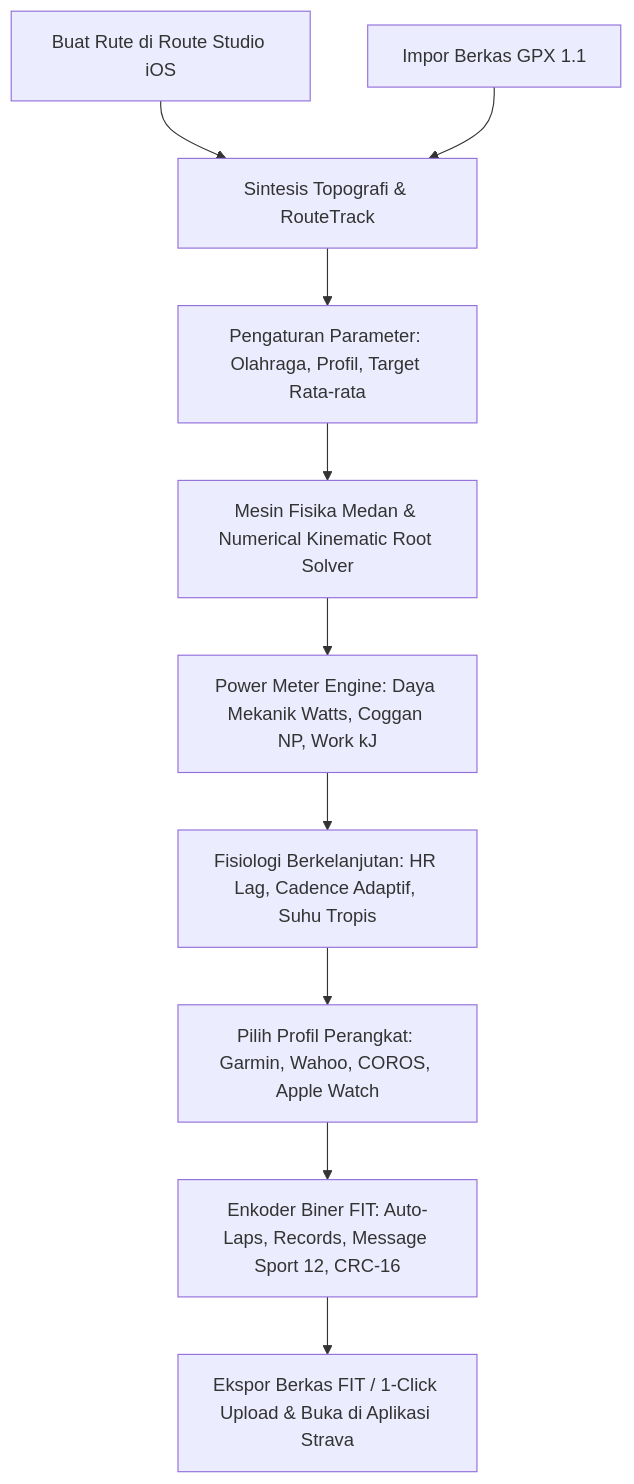
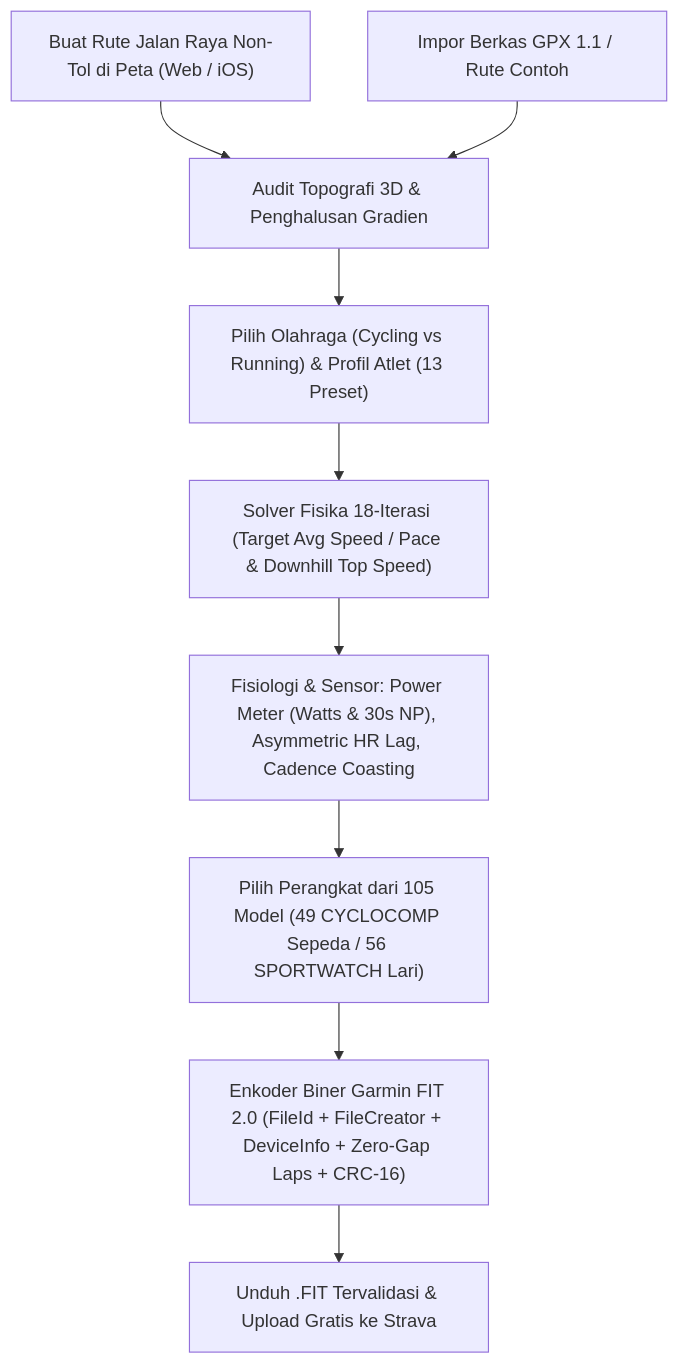
The diagram in README.md (ardianrifendy/strava-kalcer), drawn with Mermaid before and after one commit. The commit also changed other lines of this file and 4 other files, not shown here.

Commit message:
Update README & Web UI with Animated Cyclist (Cyclocomp) & Runner (Sportwatch) Vector Telemetry Stage + Full 105 Device Documentation

````diff
--- a/README.md
+++ b/README.md
@@ -166,12 +153,11 @@
 ```mermaid
 flowchart TD
-    A1[Buat Rute di Route Studio iOS] --> B[Sintesis Topografi & RouteTrack]
-    A2[Impor Berkas GPX 1.1] --> B
-    B --> C[Pengaturan Parameter: Olahraga, Profil, Target Rata-rata]
-    C --> D[Mesin Fisika Medan & Numerical Kinematic Root Solver]
-    D --> E[Power Meter Engine: Daya Mekanik Watts, Coggan NP, Work kJ]
-    E --> F[Fisiologi Berkelanjutan: HR Lag, Cadence Adaptif, Suhu Tropis]
-    F --> G[Pilih Profil Perangkat: Garmin, Wahoo, COROS, Apple Watch]
-    G --> H[Enkoder Biner FIT: Auto-Laps, Records, Message Sport 12, CRC-16]
-    H --> I[Ekspor Berkas FIT / 1-Click Upload & Buka di Aplikasi Strava]
+    A1["Buat Rute Jalan Raya Non-Tol di Peta (Web / iOS)"] --> B["Audit Topografi 3D & Penghalusan Gradien"]
+    A2["Impor Berkas GPX 1.1 / Rute Contoh"] --> B
+    B --> C["Pilih Olahraga (Cycling vs Running) & Profil Atlet (13 Preset)"]
+    C --> D["Solver Fisika 18-Iterasi (Target Avg Speed / Pace & Downhill Top Speed)"]
+    D --> E["Fisiologi & Sensor: Power Meter (Watts & 30s NP), Asymmetric HR Lag, Cadence Coasting"]
+    E --> F["Pilih Perangkat dari 105 Model (49 CYCLOCOMP Sepeda / 56 SPORTWATCH Lari)"]
+    F --> G["Enkoder Biner Garmin FIT 2.0 (FileId + FileCreator + DeviceInfo + Zero-Gap Laps + CRC-16)"]
+    G --> H["Unduh .FIT Tervalidasi & Upload Gratis ke Strava"]
 ```
````
